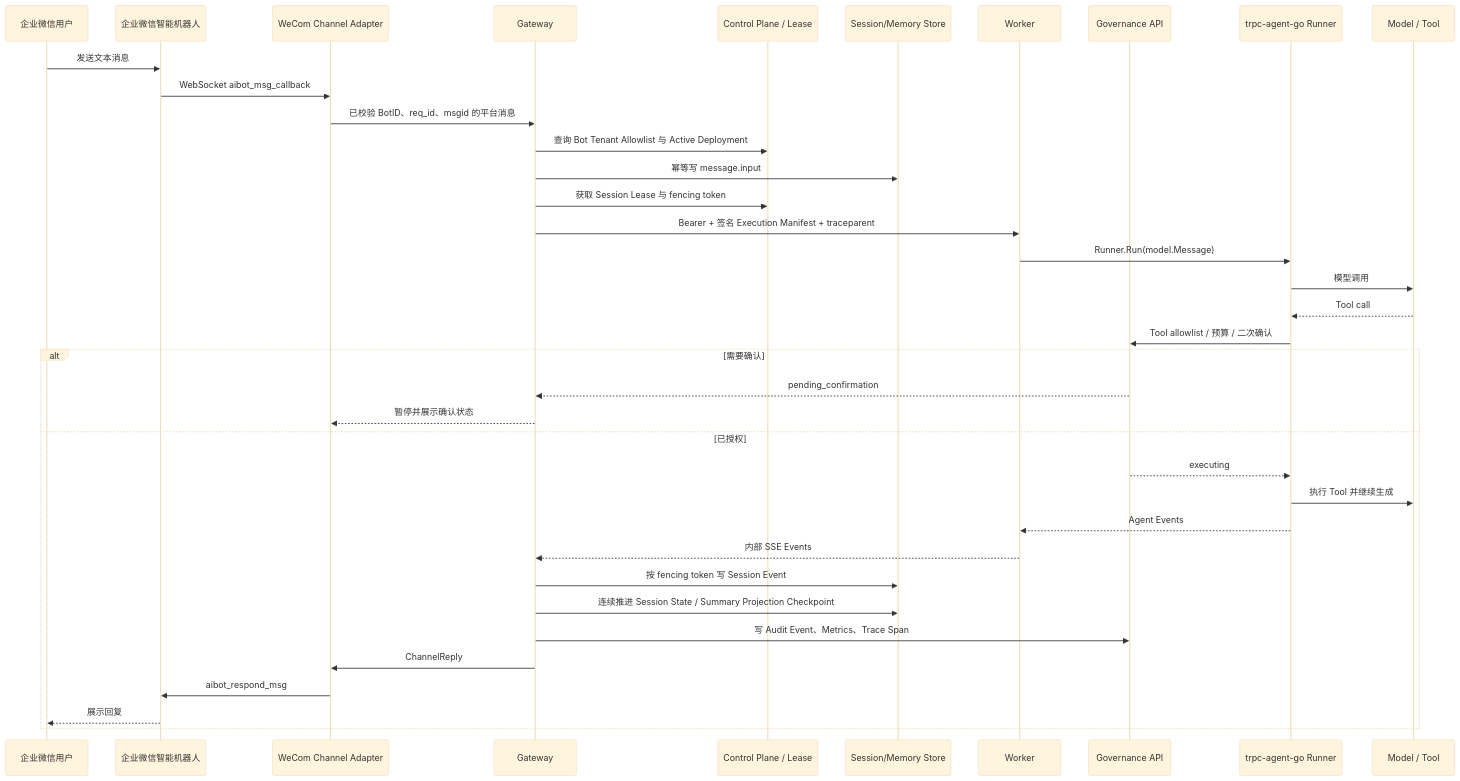
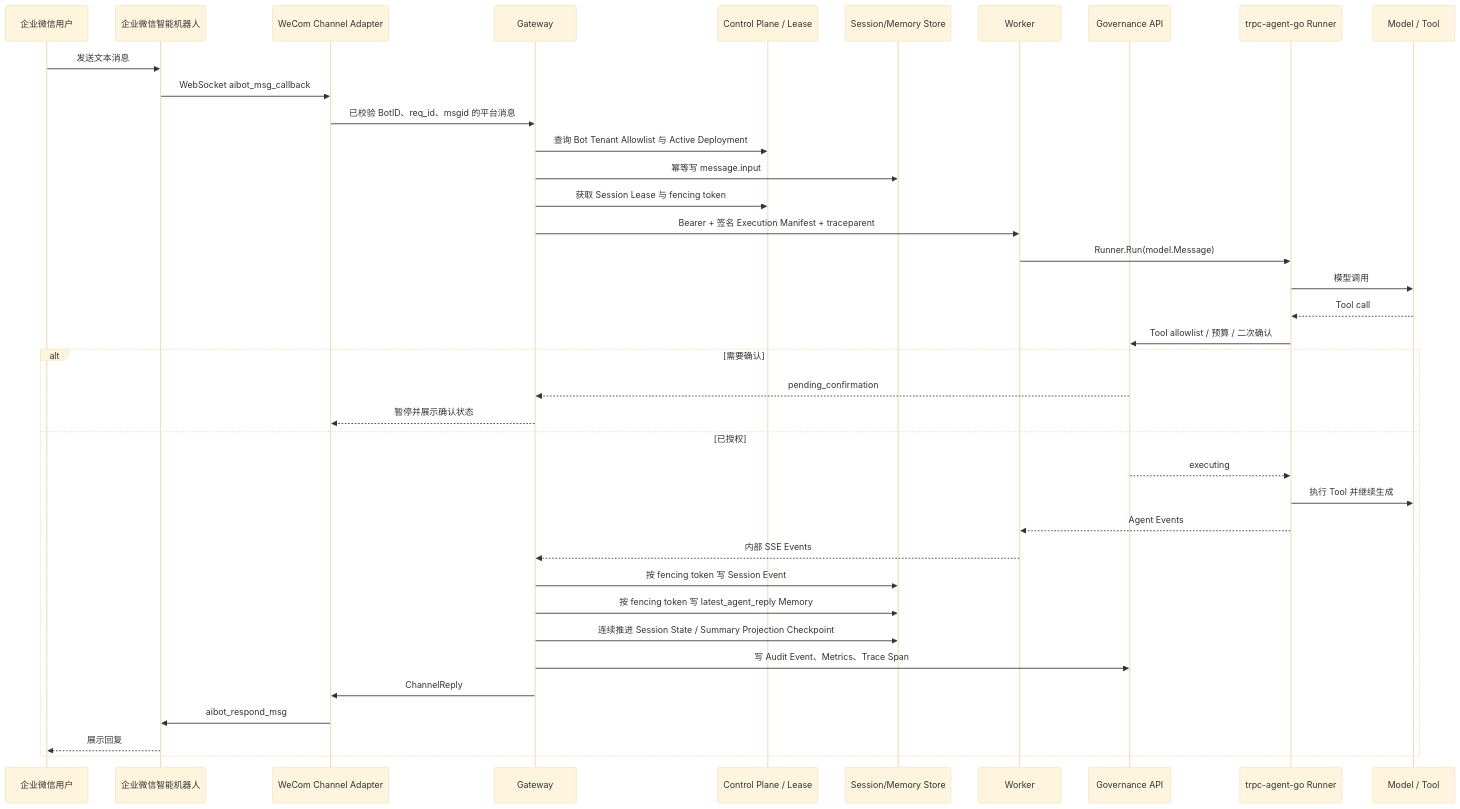
One commit to GodBlf/trpc-agent-service changed the second of 2 diagrams in docs/architecture.md. Above: the diagram before and after it, drawn with Mermaid (base theme). The commit also changed other lines of this file and 33 other files, not shown here.

````diff
--- a/docs/architecture.md
+++ b/docs/architecture.md
@@ -54,40 +54,41 @@
 ```mermaid
 sequenceDiagram
   participant User as 企业微信用户
   participant WeCom as 企业微信智能机器人
   participant Channel as WeCom Channel Adapter
   participant Gateway as Gateway
   participant CP as Control Plane / Lease
   participant Store as Session/Memory Store
   participant Worker as Worker
   participant Gov as Governance API
   participant Runner as trpc-agent-go Runner
   participant Model as Model / Tool
 
   User->>WeCom: 发送文本消息
   WeCom->>Channel: WebSocket aibot_msg_callback
   Channel->>Gateway: 已校验 BotID、req_id、msgid 的平台消息
   Gateway->>CP: 查询 Bot Tenant Allowlist 与 Active Deployment
   Gateway->>Store: 幂等写 message.input
   Gateway->>CP: 获取 Session Lease 与 fencing token
   Gateway->>Worker: Bearer + 签名 Execution Manifest + traceparent
   Worker->>Runner: Runner.Run(model.Message)
   Runner->>Model: 模型调用
   Model-->>Runner: Tool call
   Runner->>Gov: Tool allowlist / 预算 / 二次确认
   alt 需要确认
     Gov-->>Gateway: pending_confirmation
     Gateway-->>Channel: 暂停并展示确认状态
   else 已授权
     Gov-->>Runner: executing
     Runner->>Model: 执行 Tool 并继续生成
     Runner-->>Worker: Agent Events
     Worker-->>Gateway: 内部 SSE Events
     Gateway->>Store: 按 fencing token 写 Session Event
+    Gateway->>Store: 按 fencing token 写 latest_agent_reply Memory
     Gateway->>Store: 连续推进 Session State / Summary Projection Checkpoint
     Gateway->>Gov: 写 Audit Event、Metrics、Trace Span
     Gateway->>Channel: ChannelReply
     Channel->>WeCom: aibot_respond_msg
     WeCom-->>User: 展示回复
   end
 ```
````
